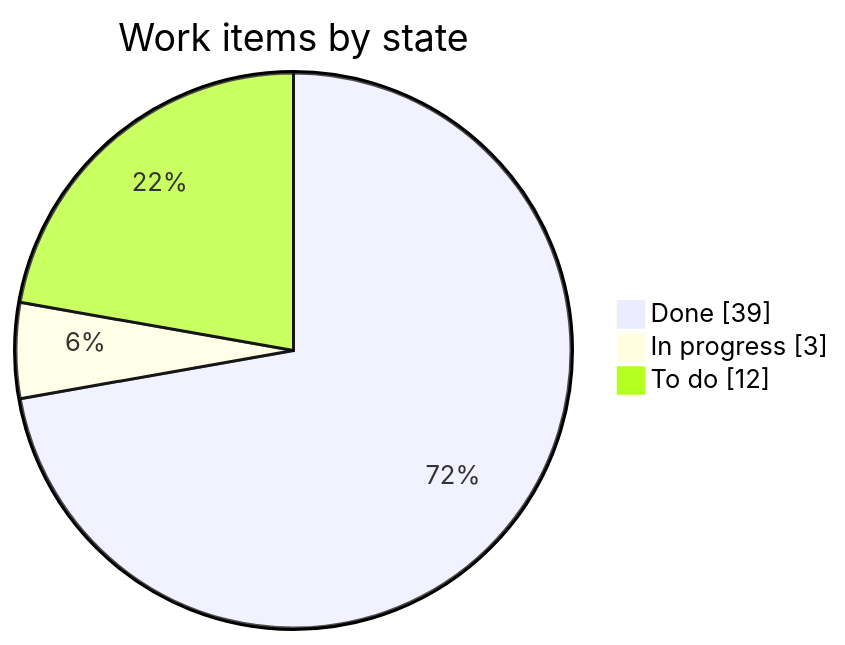
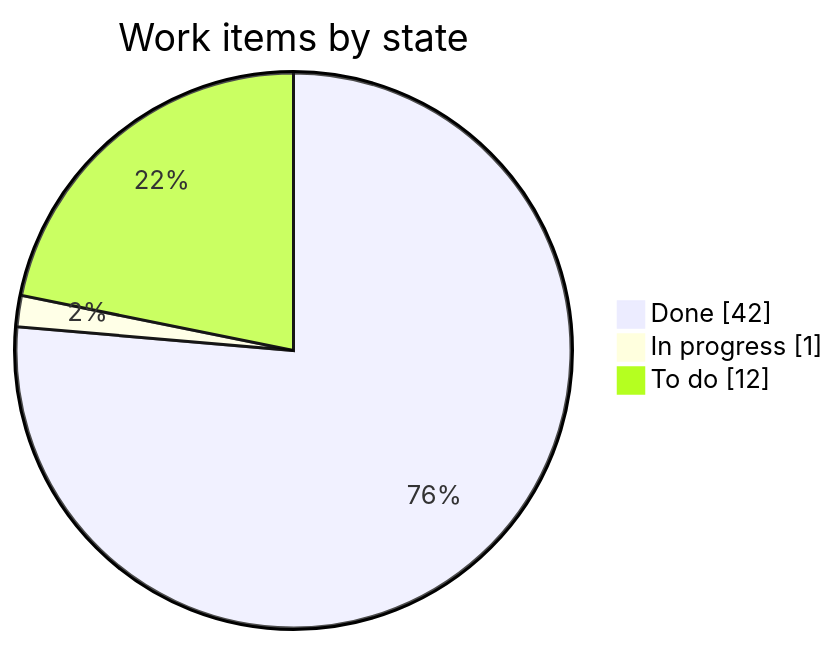
Before and after one commit to LoMagnette/ghost-light: the first of 2 diagrams in STATUS.md, drawn with Mermaid. The commit also changed other lines of this file and 1 other file, not shown here.

````diff
--- a/STATUS.md
+++ b/STATUS.md
@@ -31,7 +31,7 @@
 ```mermaid
 pie showData
     title Work items by state
-    "Done" : 39
-    "In progress" : 3
+    "Done" : 42
+    "In progress" : 1
     "To do" : 12
 ```
````
